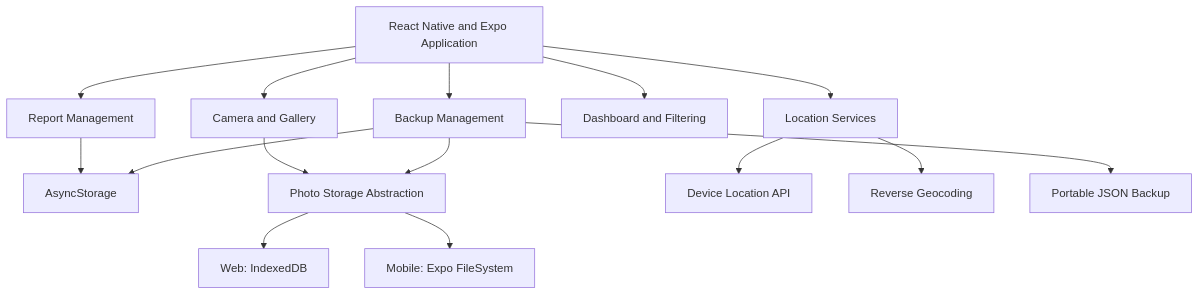
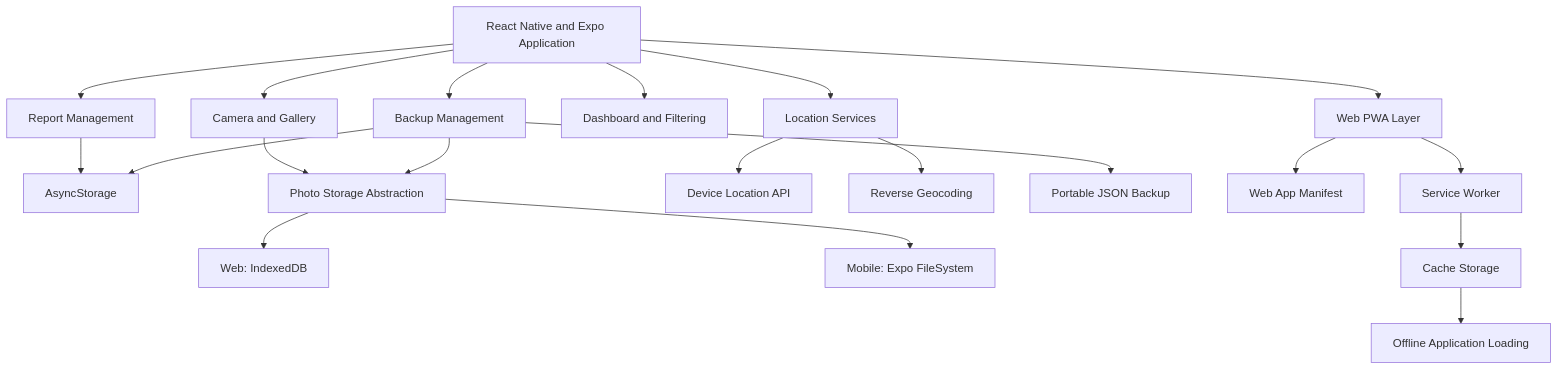
One commit to EduardPovazhnyi/campusreport-smartcampus changed the first of 2 diagrams in README.md. Above: the diagram before and after it, drawn with Mermaid. The commit also changed other lines of this file, not shown here.

Commit message:
Update project documentation with PWA architecture, offline support and UI refinements

````diff
--- a/README.md
+++ b/README.md
@@ -115,21 +126,22 @@
 ```mermaid
 flowchart TD
     A[React Native and Expo Application] --> B[Report Management]
     A --> C[Camera and Gallery]
     A --> D[Location Services]
     A --> E[Dashboard and Filtering]
     A --> F[Backup Management]
-
+    A --> P[Web PWA Layer]
     B --> G[AsyncStorage]
     C --> H[Photo Storage Abstraction]
-
     H --> I[Web: IndexedDB]
     H --> J[Mobile: Expo FileSystem]
-
     D --> K[Device Location API]
     D --> L[Reverse Geocoding]
-
     F --> G
     F --> H
     F --> M[Portable JSON Backup]
+    P --> Q[Web App Manifest]
+    P --> R[Service Worker]
+    R --> S[Cache Storage]
+    S --> T[Offline Application Loading]
 ```
````
